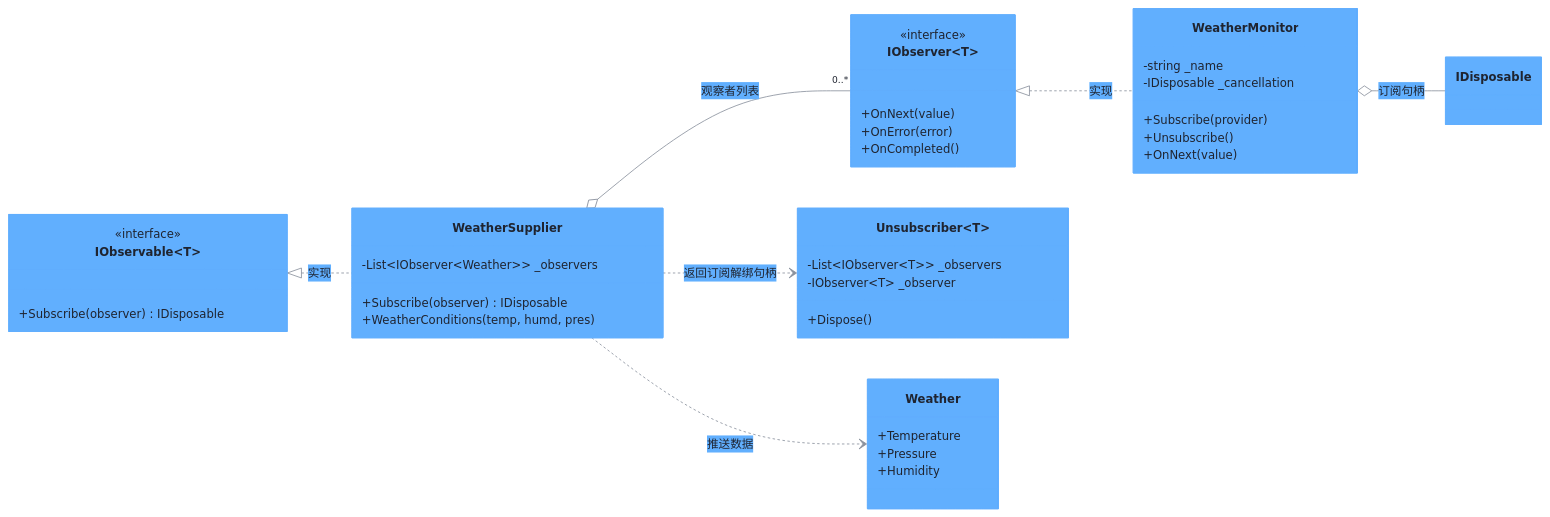
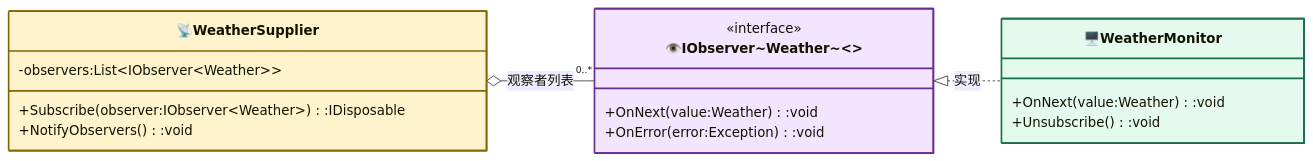
The diagram in ObserverPattern/README.md (hollson/design_patterns), drawn with Mermaid before and after one commit. The commit also changed other lines of this file and 19 other files, not shown here.

Commit message:
docs: refactor mermaid diagrams to basic GoF model style for all 20 design patterns

````diff
--- a/ObserverPattern/README.md
+++ b/ObserverPattern/README.md
@@ -21,44 +32,27 @@
 ```mermaid
-%%{init: {"theme": "base", "themeVariables": {"primaryColor": "#61affe", "primaryTextColor": "#1f2430", "primaryBorderColor": "#61affe", "lineColor": "#8a919e", "secondaryColor": "#eaf2fb", "tertiaryColor": "#f5f7fa", "noteBkgColor": "#fff3d6", "noteTextColor": "#1f2430", "fontSize": "14px"}}}%%
+%%{init: {"classDiagram": {"useMarkdownLabels": true}} }%%
 classDiagram
     direction LR
-    class IObservable~T~ {
+
+    class Subject["📡WeatherSupplier"]:::contextCls{
+        -observers:List~IObserver~Weather~~
+        +Subscribe(observer:IObserver~Weather~):IDisposable
+        +NotifyObservers():void
+    }
+    class Observer["👁️IObserver~Weather~<<interface>>"]:::strategyCls{
         <<interface>>
-        +Subscribe(observer) IDisposable
+        +OnNext(value:Weather):void
+        +OnError(error:Exception):void
     }
-    class IObserver~T~ {
-        <<interface>>
-        +OnNext(value)
-        +OnError(error)
-        +OnCompleted()
-    }
-    class WeatherSupplier {
-        -List~IObserver~Weather~~ _observers
-        +Subscribe(observer) IDisposable
-        +WeatherConditions(temp, humd, pres)
-    }
-    class WeatherMonitor {
-        -string _name
-        -IDisposable _cancellation
-        +Subscribe(provider)
-        +Unsubscribe()
-        +OnNext(value)
-    }
-    class Unsubscriber~T~ {
-        -List~IObserver~T~~ _observers
-        -IObserver~T~ _observer
-        +Dispose()
-    }
-    class Weather {
-        +Temperature
-        +Pressure
-        +Humidity
+    class ConcreteObserver["🖥️WeatherMonitor"]:::concreteCls{
+        +OnNext(value:Weather):void
+        +Unsubscribe():void
     }
 
-    IObservable~T~ <|.. WeatherSupplier : 实现
-    IObserver~T~ <|.. WeatherMonitor : 实现
-    WeatherSupplier o-- "0..*" IObserver~T~ : 观察者列表
-    WeatherSupplier ..> Unsubscriber~T~ : 返回订阅解绑句柄
-    WeatherMonitor o-- IDisposable : 订阅句柄
-    WeatherSupplier ..> Weather : 推送数据
+    Subject o-- "0..*" Observer : 观察者列表
+    Observer <|.. ConcreteObserver : 实现
+
+    classDef contextCls fill:#fff3cd,stroke:#856404,stroke-width:2px
+    classDef strategyCls fill:#f3e5ff,stroke:#6b2d91,stroke-width:2px
+    classDef concreteCls fill:#e5faef,stroke:#177048,stroke-width:2px
 ```
````
